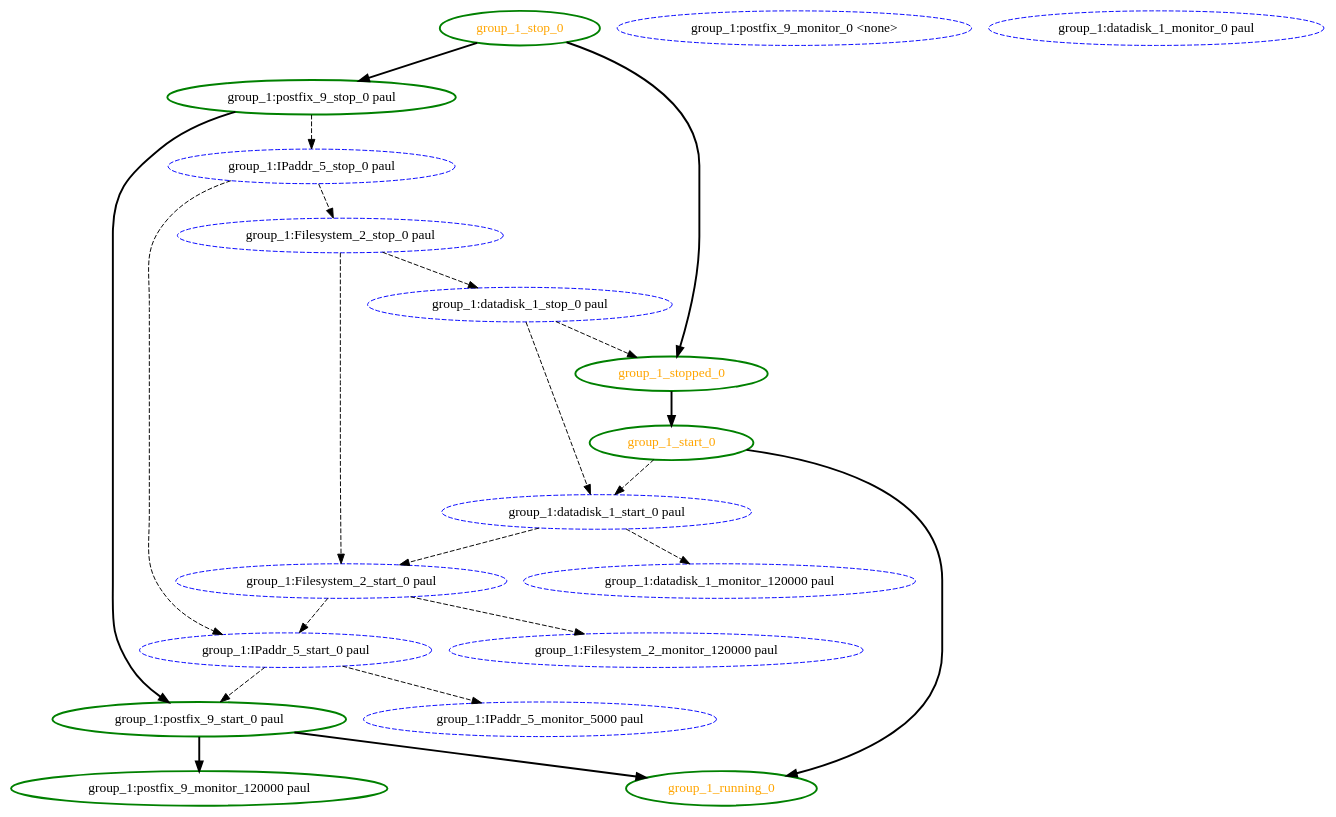
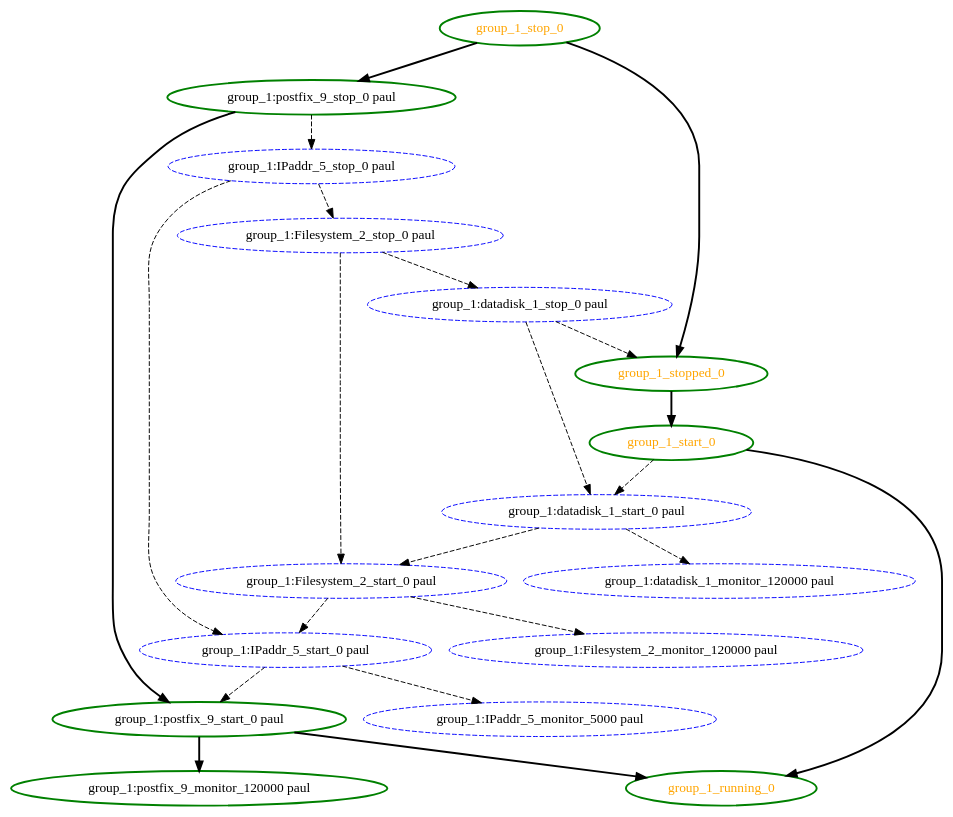
One commit to richiewen8/heartbeat changed the diagram in crm/pengine/testcases/994.dot. Above: the diagram before and after it, drawn with Graphviz. The commit also changed 29 other files, not shown here.

First line of the commit message:
Update the test cases now that we're skipping pre-stop actions  - a bunch of action objects never need to be created (and marked optional)  - some actions which made it into the graph should not have (the changes fixed that)

```diff
--- a/crm/pengine/testcases/994.dot
+++ b/crm/pengine/testcases/994.dot
@@ -1,42 +1,40 @@
 digraph "g" {
 	size = "30,30"
 "group_1:Filesystem_2_monitor_120000 paul" [ style="dashed" color="blue" fontcolor="black" ]
-"group_1:postfix_9_monitor_0 <none>" [ style="dashed" color="blue" fontcolor="black" ]
 "group_1:postfix_9_monitor_120000 paul" [ style=bold color="green" fontcolor="black" ]
 "group_1:postfix_9_stop_0 paul" [ style=bold color="green" fontcolor="black" ]
-"group_1:datadisk_1_monitor_0 paul" [ style="dashed" color="blue" fontcolor="black" ]
 "group_1:datadisk_1_monitor_120000 paul" [ style="dashed" color="blue" fontcolor="black" ]
 "group_1:IPaddr_5_monitor_5000 paul" [ style="dashed" color="blue" fontcolor="black" ]
 "group_1:datadisk_1_stop_0 paul" [ style="dashed" color="blue" fontcolor="black" ]
 "group_1:datadisk_1_start_0 paul" [ style="dashed" color="blue" fontcolor="black" ]
 "group_1:Filesystem_2_stop_0 paul" [ style="dashed" color="blue" fontcolor="black" ]
 "group_1:Filesystem_2_start_0 paul" [ style="dashed" color="blue" fontcolor="black" ]
 "group_1:IPaddr_5_stop_0 paul" [ style="dashed" color="blue" fontcolor="black" ]
 "group_1:IPaddr_5_start_0 paul" [ style="dashed" color="blue" fontcolor="black" ]
 "group_1:postfix_9_start_0 paul" [ style=bold color="green" fontcolor="black" ]
 "group_1_start_0" [ style=bold color="green" fontcolor="orange" ]
 "group_1_running_0" [ style=bold color="green" fontcolor="orange" ]
 "group_1_stop_0" [ style=bold color="green" fontcolor="orange" ]
 "group_1_stopped_0" [ style=bold color="green" fontcolor="orange" ]
 "group_1:Filesystem_2_start_0 paul" -> "group_1:Filesystem_2_monitor_120000 paul" [ style = dashed]
 "group_1:postfix_9_start_0 paul" -> "group_1:postfix_9_monitor_120000 paul" [ style = bold]
 "group_1_stop_0" -> "group_1:postfix_9_stop_0 paul" [ style = bold]
 "group_1:datadisk_1_start_0 paul" -> "group_1:datadisk_1_monitor_120000 paul" [ style = dashed]
 "group_1:IPaddr_5_start_0 paul" -> "group_1:IPaddr_5_monitor_5000 paul" [ style = dashed]
 "group_1:Filesystem_2_stop_0 paul" -> "group_1:datadisk_1_stop_0 paul" [ style = dashed]
 "group_1:datadisk_1_stop_0 paul" -> "group_1:datadisk_1_start_0 paul" [ style = dashed]
 "group_1_start_0" -> "group_1:datadisk_1_start_0 paul" [ style = dashed]
 "group_1:IPaddr_5_stop_0 paul" -> "group_1:Filesystem_2_stop_0 paul" [ style = dashed]
 "group_1:Filesystem_2_stop_0 paul" -> "group_1:Filesystem_2_start_0 paul" [ style = dashed]
 "group_1:datadisk_1_start_0 paul" -> "group_1:Filesystem_2_start_0 paul" [ style = dashed]
 "group_1:postfix_9_stop_0 paul" -> "group_1:IPaddr_5_stop_0 paul" [ style = dashed]
 "group_1:IPaddr_5_stop_0 paul" -> "group_1:IPaddr_5_start_0 paul" [ style = dashed]
 "group_1:Filesystem_2_start_0 paul" -> "group_1:IPaddr_5_start_0 paul" [ style = dashed]
 "group_1:postfix_9_stop_0 paul" -> "group_1:postfix_9_start_0 paul" [ style = bold]
 "group_1:IPaddr_5_start_0 paul" -> "group_1:postfix_9_start_0 paul" [ style = dashed]
 "group_1_stopped_0" -> "group_1_start_0" [ style = bold]
 "group_1:postfix_9_start_0 paul" -> "group_1_running_0" [ style = bold]
 "group_1_start_0" -> "group_1_running_0" [ style = bold]
 "group_1:datadisk_1_stop_0 paul" -> "group_1_stopped_0" [ style = dashed]
 "group_1_stop_0" -> "group_1_stopped_0" [ style = bold]
 }
```
